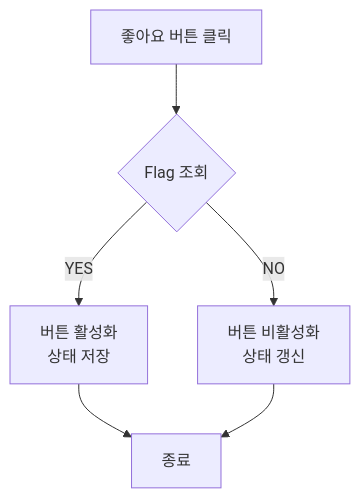
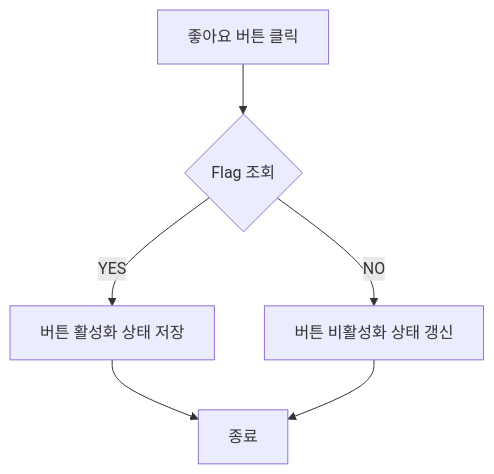
The first of 3 diagrams in README.md (jurilee/iui-version-control), drawn with Mermaid before and after one commit.

````diff
--- a/README.md
+++ b/README.md
@@ -23,8 +23,8 @@
 ```mermaid
 flowchart TD
 	A[좋아요 버튼 클릭] --> B{Flag 조회}
-	B -- YES --> C[버튼 활성화 \n 상태 저장]
-	B -- NO --> D[버튼 비활성화 \n 상태 갱신]
+	B -- YES --> C[버튼 활성화 상태 저장]
+	B -- NO --> D[버튼 비활성화 상태 갱신]
 	C --> Z[종료]
 	D --> Z[종료]
 ```
````
